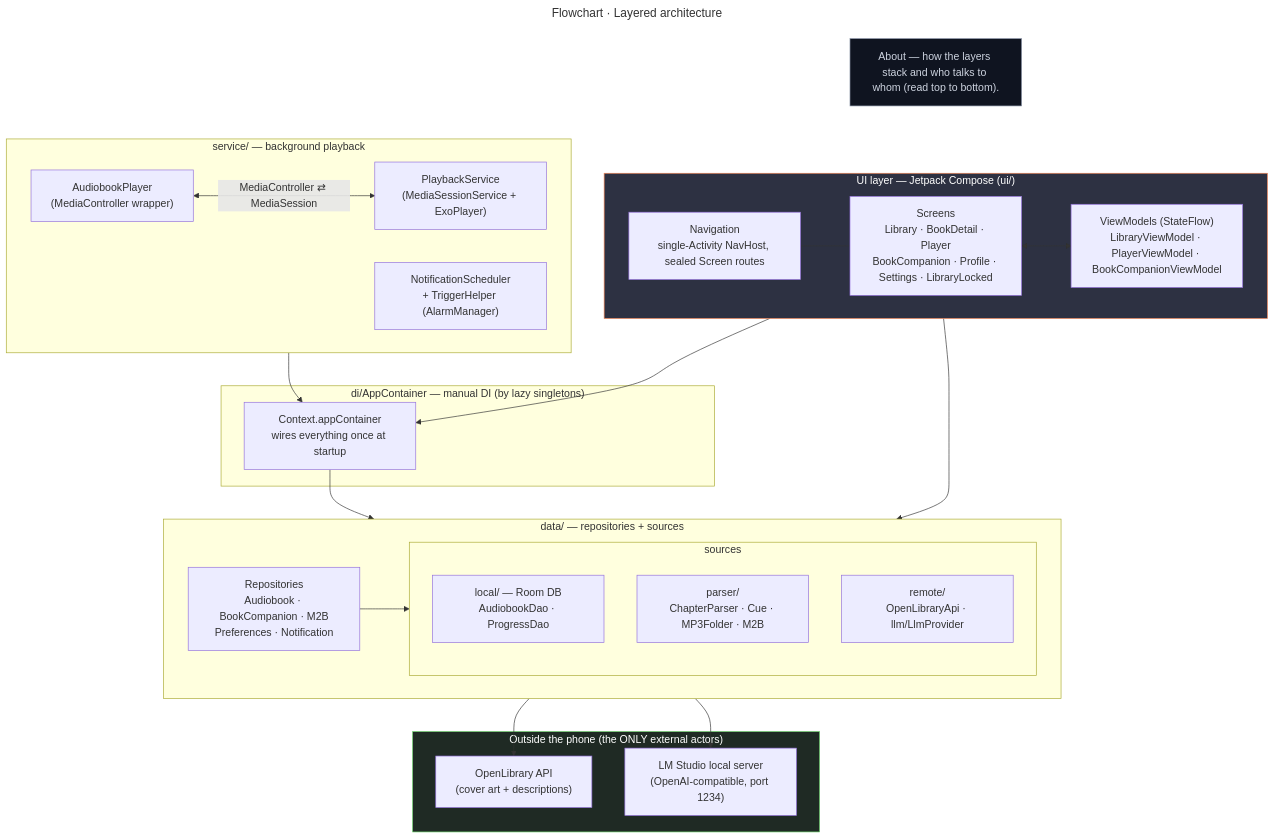
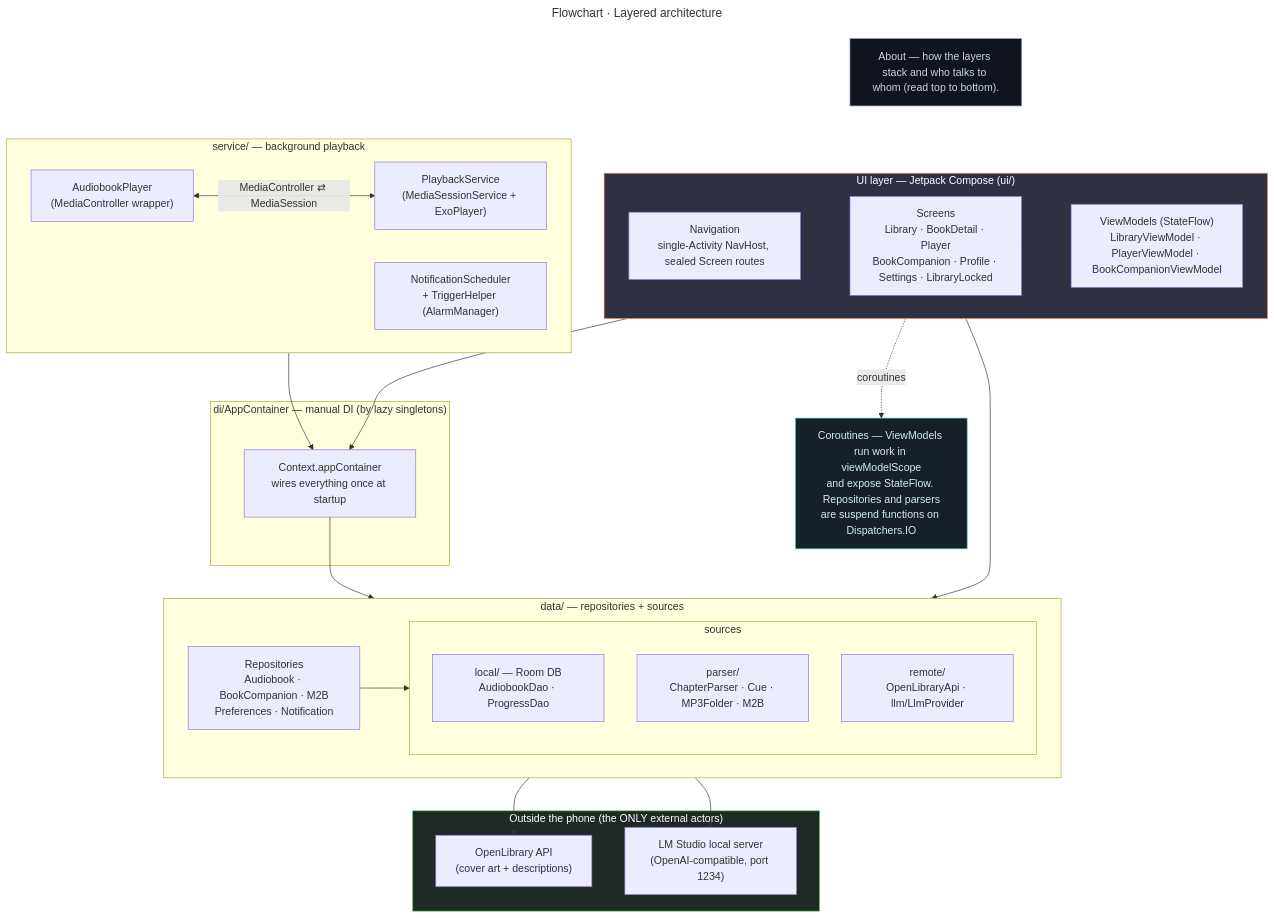
Before and after one commit to DICEsda/Mobile-Application-Development-COURSE: the first of 9 diagrams in Final Submission Project/ARCHITECTURE.md, drawn with Mermaid. The commit also changed other lines of this file and 4 other files, not shown here.

First line of the commit message:
docs: highlight coroutine usage with note boxes on key diagrams

````diff
--- a/Final Submission Project/ARCHITECTURE.md
+++ b/Final Submission Project/ARCHITECTURE.md
@@ -33,58 +33,62 @@
 ```mermaid
 ---
 title: "Flowchart · Layered architecture"
 ---
 flowchart TB
     classDef about fill:#0f1420,stroke:#8a93a6,color:#cdd3df
     CARD["About — how the layers stack and who talks to whom (read top to bottom)."]:::about
     CARD ~~~ UI
     subgraph UI["UI layer — Jetpack Compose (ui/)"]
         direction LR
         Screens["Screens<br/>Library · BookDetail · Player<br/>BookCompanion · Profile · Settings · LibraryLocked"]
         VMs["ViewModels (StateFlow)<br/>LibraryViewModel · PlayerViewModel · BookCompanionViewModel"]
         Nav["Navigation<br/>single-Activity NavHost, sealed Screen routes"]
         Screens <--> VMs
         Nav --- Screens
     end
 
     subgraph DI["di/AppContainer — manual DI (by lazy singletons)"]
         Container["Context.appContainer<br/>wires everything once at startup"]
     end
 
     subgraph DATA["data/ — repositories + sources"]
         direction LR
         Repos["Repositories<br/>Audiobook · BookCompanion · M2B<br/>Preferences · Notification"]
         subgraph SOURCES["sources"]
             direction TB
             Local["local/ — Room DB<br/>AudiobookDao · ProgressDao"]
             Parser["parser/<br/>ChapterParser · Cue · MP3Folder · M2B"]
             Remote["remote/<br/>OpenLibraryApi · llm/LlmProvider"]
         end
         Repos --> SOURCES
     end
 
     subgraph SERVICE["service/ — background playback"]
         Playback["PlaybackService<br/>(MediaSessionService + ExoPlayer)"]
         Player["AudiobookPlayer<br/>(MediaController wrapper)"]
         Notif["NotificationScheduler<br/>+ TriggerHelper (AlarmManager)"]
     end
 
     subgraph EXT["Outside the phone (the ONLY external actors)"]
         OL["OpenLibrary API<br/>(cover art + descriptions)"]
         LLM["LM Studio local server<br/>(OpenAI-compatible, port 1234)"]
     end
 
     UI --> Container
     SERVICE --> Container
     Container --> DATA
     VMs --> Repos
     Player <-->|"MediaController ⇄ MediaSession"| Playback
     Remote --> OL
     Remote --> LLM
 
+    VMs -. coroutines .-> CO["Coroutines — ViewModels run work in viewModelScope<br/>and expose StateFlow. Repositories and parsers<br/>are suspend functions on Dispatchers.IO"]
+    classDef coro fill:#16202b,stroke:#4db6ac,color:#cfeee9
+    class CO coro
+
     classDef ui fill:#2d3142,stroke:#ef8354,color:#fff
     classDef data fill:#3a3a4a,stroke:#8aa,color:#fff
     classDef ext fill:#1f2a24,stroke:#6c6,color:#fff
     class UI ui
     class EXT ext
 ```
````
